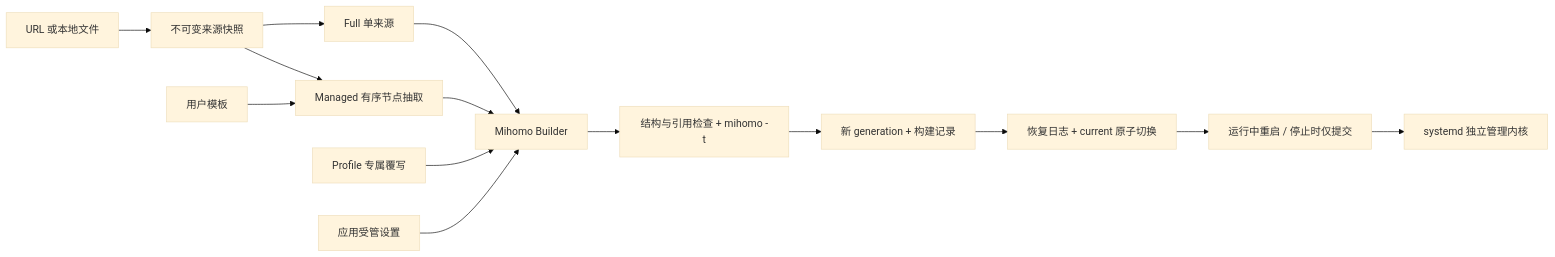
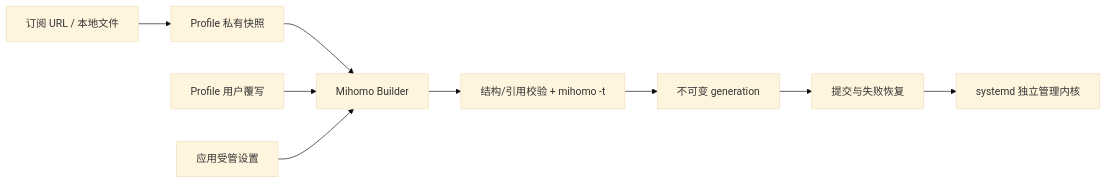
Before and after one commit to nelvko/lazyclash: the diagram in docs/subscription-design.md, drawn with Mermaid (base theme). The commit also changed other lines of this file and 5 other files, not shown here.

````diff
--- a/docs/subscription-design.md
+++ b/docs/subscription-design.md
@@ -26,16 +20,11 @@
 ```mermaid
 flowchart LR
-  URL[URL 或本地文件] --> S[不可变来源快照]
-  S --> F[Full 单来源]
-  S --> M[Managed 有序节点抽取]
-  T[用户模板] --> M
-  F --> B[Mihomo Builder]
-  M --> B
-  O[Profile 专属覆写] --> B
+  I[订阅 URL / 本地文件] --> P[Profile 私有快照]
+  P --> B[Mihomo Builder]
+  O[Profile 用户覆写] --> B
   A[应用受管设置] --> B
-  B --> V[结构与引用检查 + mihomo -t]
-  V --> G[新 generation + 构建记录]
-  G --> P[恢复日志 + current 原子切换]
-  P --> R[运行中重启 / 停止时仅提交]
-  R --> K[systemd 独立管理内核]
+  B --> V[结构/引用校验 + mihomo -t]
+  V --> G[不可变 generation]
+  G --> R[提交与失败恢复]
+  R --> S[systemd 独立管理内核]
 ```
````
